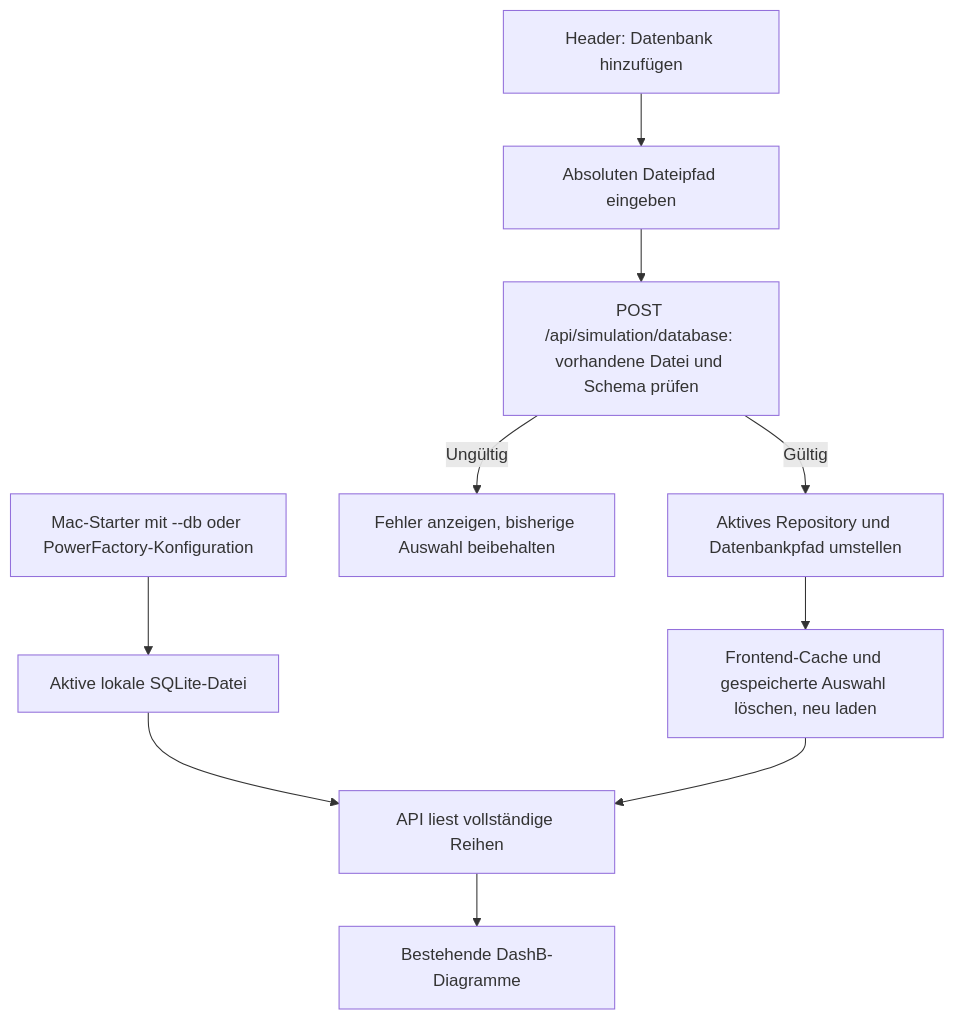
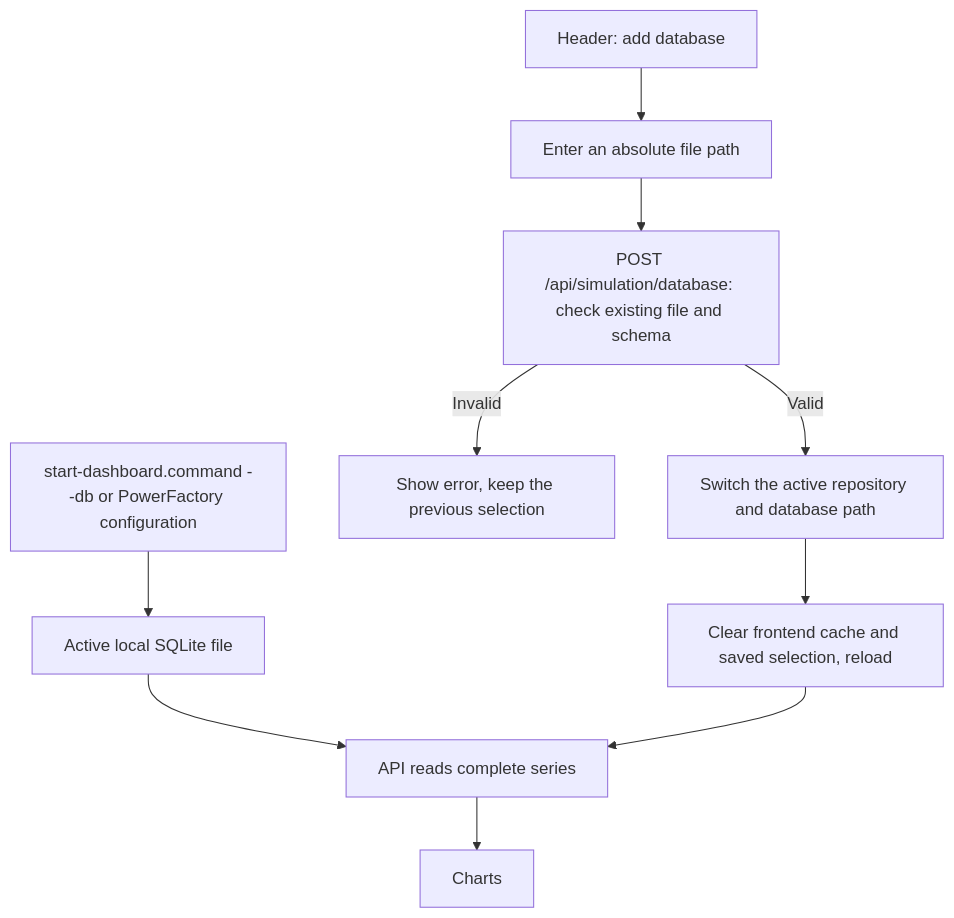
Before and after one commit to hadiibrahim-Engin/nahriva-grid-analysis: diagram 11 of 11 in BIG_PICTURE.md, drawn with Mermaid. The commit also changed other lines of this file and 186 other files, not shown here.

````diff
--- a/BIG_PICTURE.md
+++ b/BIG_PICTURE.md
@@ -386,12 +357,12 @@
 ```mermaid
 flowchart TD
-    Start[Mac-Starter mit --db oder PowerFactory-Konfiguration] --> Active[Aktive lokale SQLite-Datei]
-    Button[Header: Datenbank hinzufügen] --> Path[Absoluten Dateipfad eingeben]
-    Path --> Check[POST /api/simulation/database: vorhandene Datei und Schema prüfen]
-    Check -->|Ungültig| Error[Fehler anzeigen, bisherige Auswahl beibehalten]
-    Check -->|Gültig| Switch[Aktives Repository und Datenbankpfad umstellen]
-    Switch --> Reload[Frontend-Cache und gespeicherte Auswahl löschen, neu laden]
-    Active --> Queries[API liest vollständige Reihen]
+    Start[start-dashboard.command --db or PowerFactory configuration] --> Active[Active local SQLite file]
+    Button[Header: add database] --> Path[Enter an absolute file path]
+    Path --> Check[POST /api/simulation/database: check existing file and schema]
+    Check -->|Invalid| Error[Show error, keep the previous selection]
+    Check -->|Valid| Switch[Switch the active repository and database path]
+    Switch --> Reload[Clear frontend cache and saved selection, reload]
+    Active --> Queries[API reads complete series]
     Reload --> Queries
-    Queries --> Charts[Bestehende DashB-Diagramme]
+    Queries --> Charts[Charts]
 ```
````
